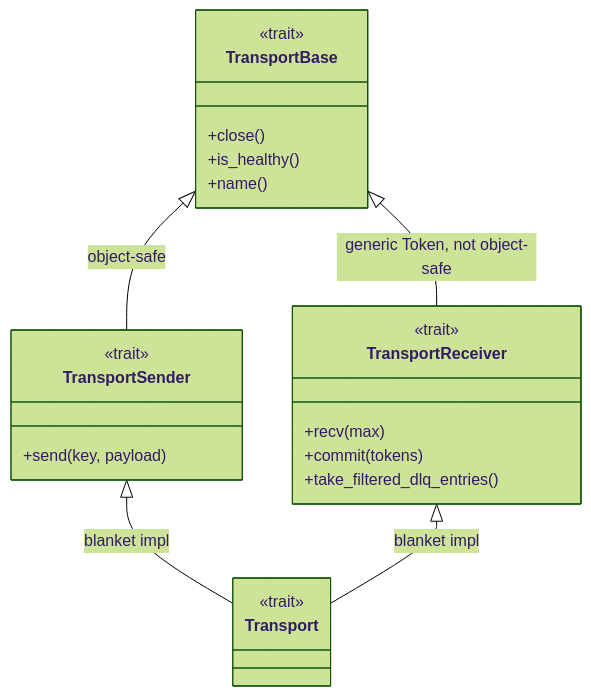
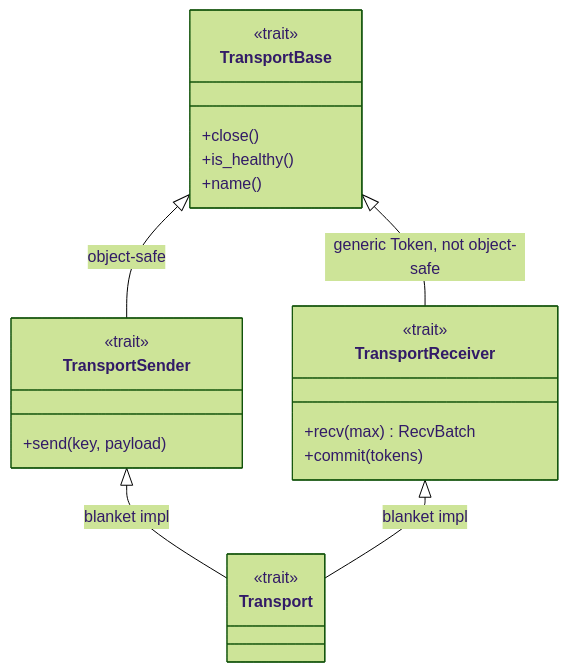
One commit to hyperi-io/hyperi-rustlib changed the diagram in docs/transport/OVERVIEW.md. Above: the diagram before and after it, drawn with Mermaid (forest theme). The commit also changed other lines of this file and 5 other files, not shown here.

First line of the commit message:
fix(worker,docs): AdaptiveWorkerPool::try_new + refresh stale RecvBatch/TLS docs

````diff
--- a/docs/transport/OVERVIEW.md
+++ b/docs/transport/OVERVIEW.md
@@ -16,26 +16,25 @@
 ```mermaid
 classDiagram
     class TransportBase {
         <<trait>>
         +close()
         +is_healthy()
         +name()
     }
     class TransportSender {
         <<trait>>
         +send(key, payload)
     }
     class TransportReceiver {
         <<trait>>
-        +recv(max)
+        +recv(max) RecvBatch
         +commit(tokens)
-        +take_filtered_dlq_entries()
     }
     class Transport {
         <<trait>>
     }
     TransportBase <|-- TransportSender : object-safe
     TransportBase <|-- TransportReceiver : generic Token, not object-safe
     TransportSender <|-- Transport : blanket impl
     TransportReceiver <|-- Transport : blanket impl
 ```
````
